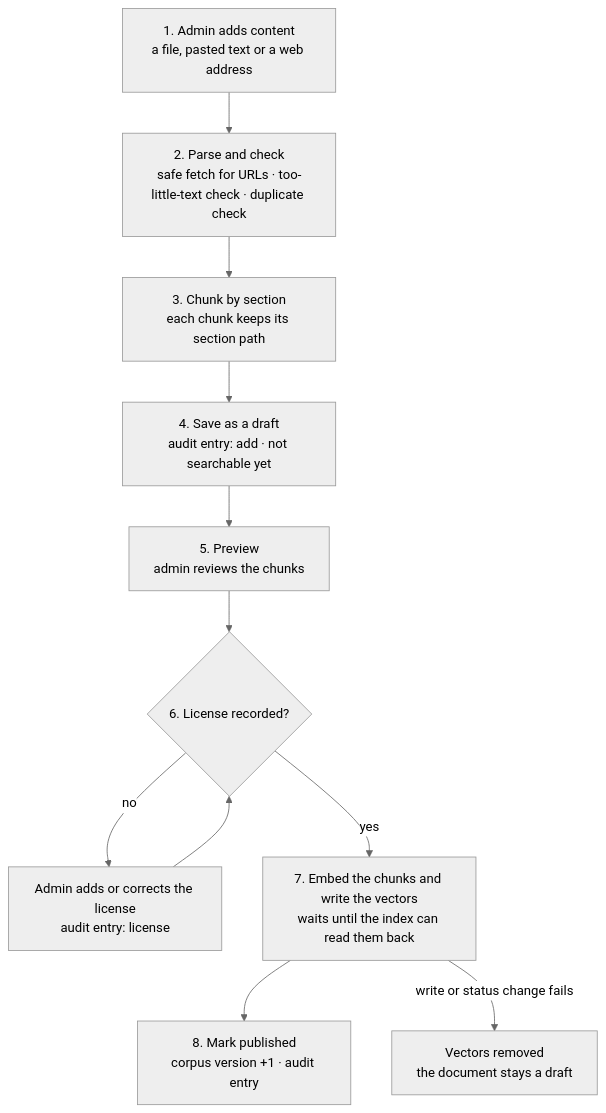
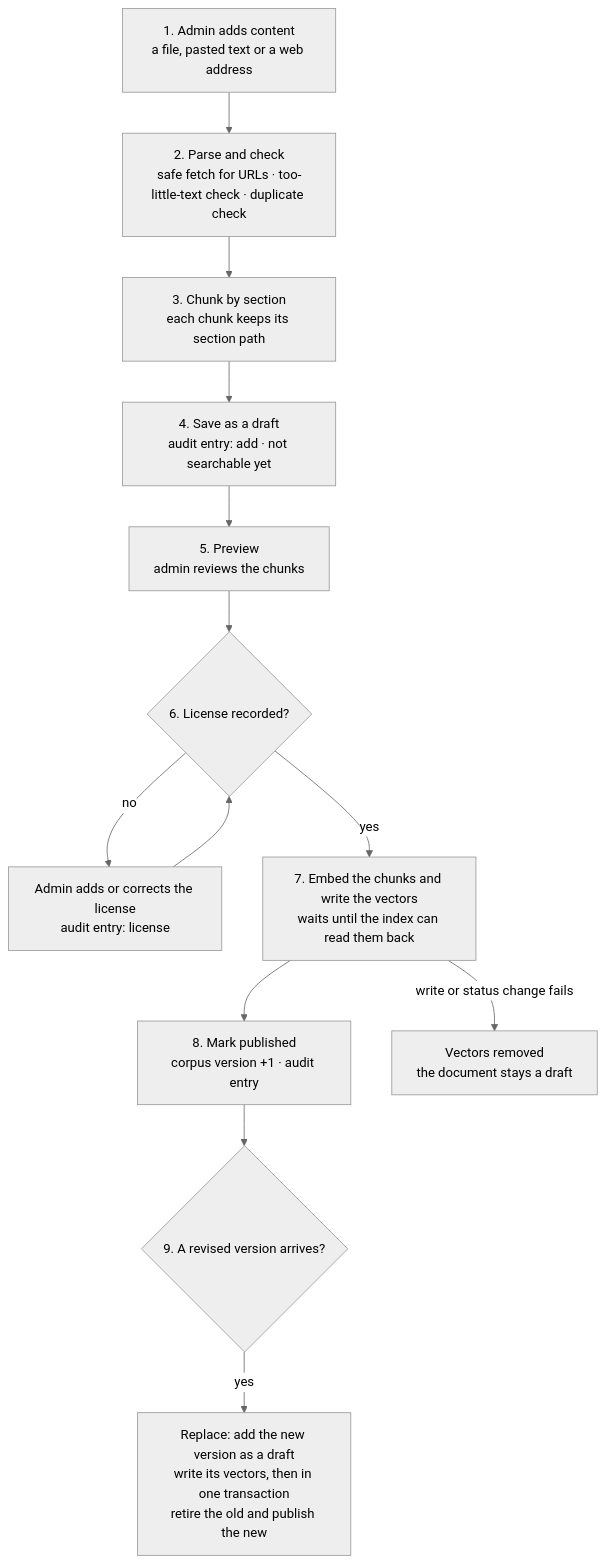
The first of 3 diagrams in docs/architecture/data-flow.md (Tevaalgorithms/cite-desk), drawn with Mermaid (neutral theme) before and after one commit. The commit also changed other lines of this file and 18 other files, not shown here.

First line of the commit message:
feat: replace a published document with a revised version in one step (#4)

````diff
--- a/docs/architecture/data-flow.md
+++ b/docs/architecture/data-flow.md
@@ -11,13 +11,15 @@
 ```mermaid
 flowchart TD
     A["1. Admin adds content<br/>a file, pasted text or a web address"] --> B["2. Parse and check<br/>safe fetch for URLs · too-little-text check · duplicate check"]
     B --> C["3. Chunk by section<br/>each chunk keeps its section path"]
     C --> D["4. Save as a draft<br/>audit entry: add · not searchable yet"]
     D --> E["5. Preview<br/>admin reviews the chunks"]
     E --> F{"6. License recorded?"}
     F -- no --> L["Admin adds or corrects the license<br/>audit entry: license"]
     L --> F
     F -- yes --> G["7. Embed the chunks and write the vectors<br/>waits until the index can read them back"]
     G --> H["8. Mark published<br/>corpus version +1 · audit entry"]
     G -- "write or status change fails" --> X["Vectors removed<br/>the document stays a draft"]
+    H --> R{"9. A revised version arrives?"}
+    R -- yes --> S["Replace: add the new version as a draft<br/>write its vectors, then in one transaction<br/>retire the old and publish the new"]
 ```
````
